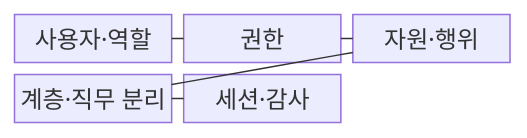
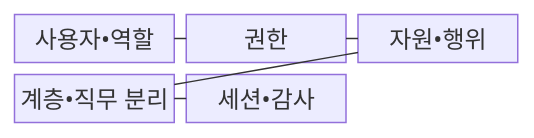
Before and after one commit to agnusdei1207/knowledge-base: the first of 2 diagrams in src/content/docs/notes/05-security/059_rbac.md, drawn with Mermaid. The commit also changed other lines of this file and 953 other files, not shown here.

````diff
--- a/src/content/docs/notes/05-security/059_rbac.md
+++ b/src/content/docs/notes/05-security/059_rbac.md
@@ -63,13 +63,13 @@
 ```mermaid
 block-beta
   columns 3
-  A["사용자·역할"]
+  A["사용자•역할"]
   B["권한"]
-  C["자원·행위"]
-  D["계층·직무 분리"]
-  E["세션·감사"]
+  C["자원•행위"]
+  D["계층•직무 분리"]
+  E["세션•감사"]
     A --- B
     B --- C
     C --- D
     D --- E
 ```
````
